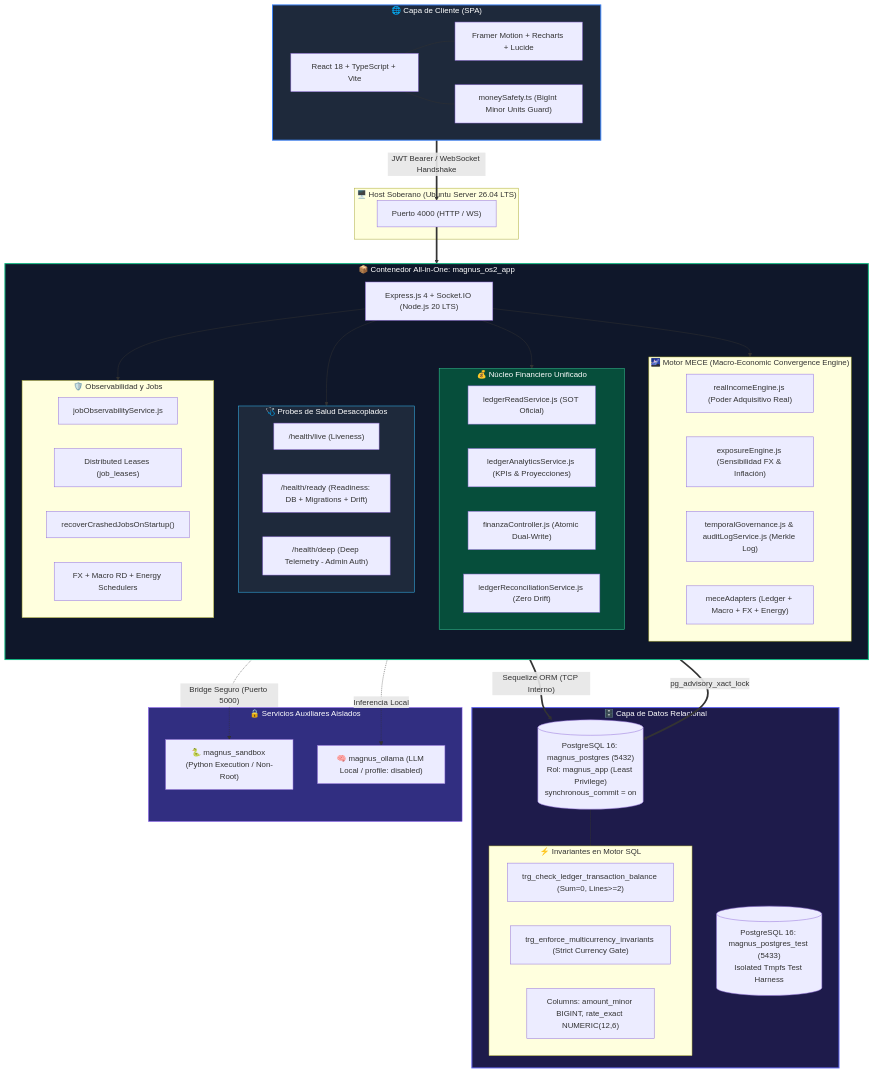
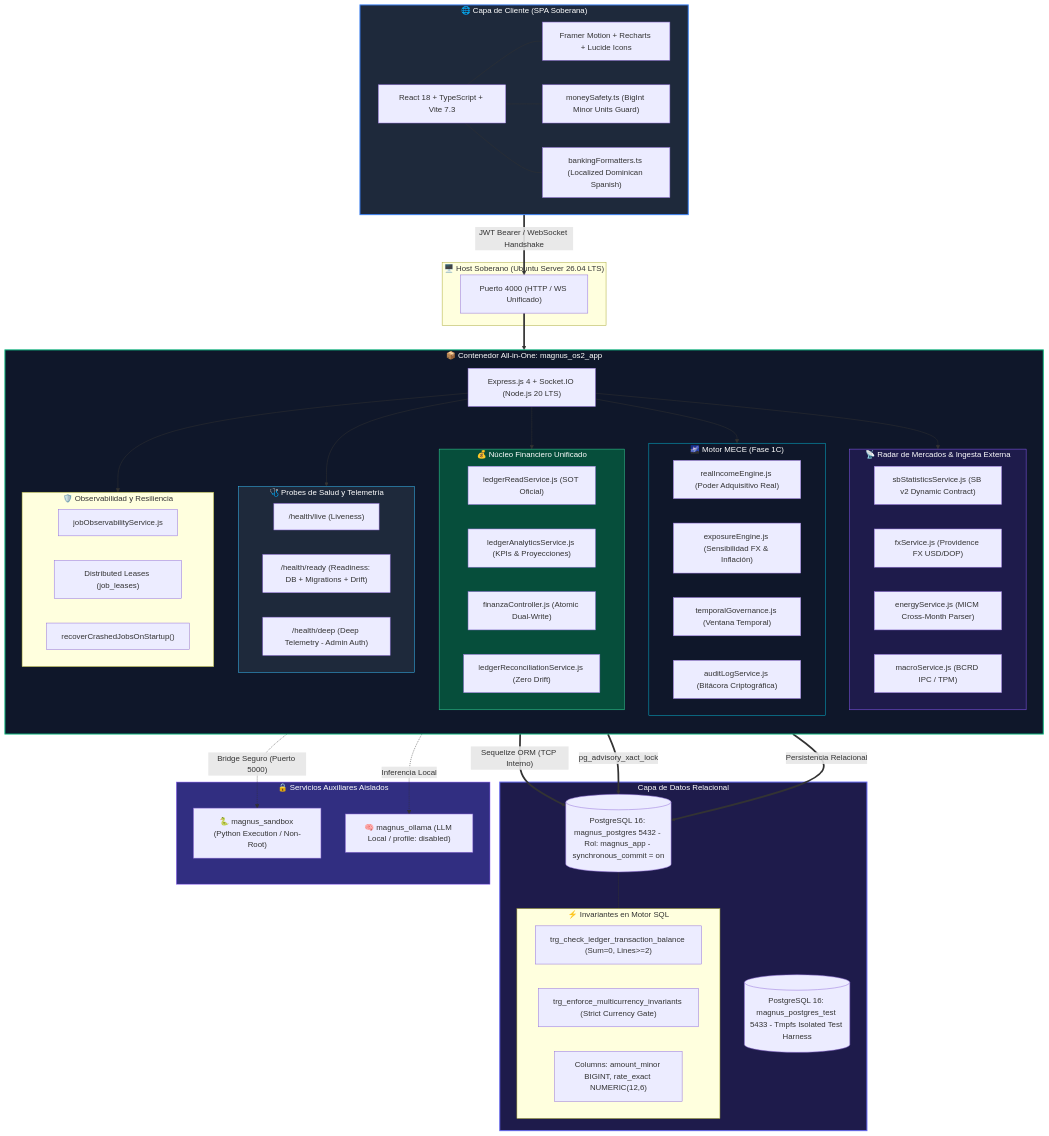
The second of 6 diagrams in README.md (YoxeLaunch/MagnusOS2), drawn with Mermaid before and after one commit. The commit also changed other lines of this file, not shown here.

Commit message:
docs: restructure README with architectural epochs, Phase II consolidation, and dynamic SB contract

````diff
--- a/README.md
+++ b/README.md
@@ -44,22 +79,24 @@
 ```mermaid
 graph TB
-    subgraph Client ["🌐 Capa de Cliente (SPA)"]
-        UI["React 18 + TypeScript + Vite"]
-        Framer["Framer Motion + Recharts + Lucide"]
+    subgraph Client ["🌐 Capa de Cliente (SPA Soberana)"]
+        UI["React 18 + TypeScript + Vite 7.3"]
+        Framer["Framer Motion + Recharts + Lucide Icons"]
         Safety["moneySafety.ts (BigInt Minor Units Guard)"]
+        Formatters["bankingFormatters.ts (Localized Dominican Spanish)"]
         UI --- Framer
         UI --- Safety
+        UI --- Formatters
     end
 
     subgraph Host ["🖥️ Host Soberano (Ubuntu Server 26.04 LTS)"]
-        Proxy["Puerto 4000 (HTTP / WS)"]
+        Proxy["Puerto 4000 (HTTP / WS Unificado)"]
     end
 
     subgraph AppContainer ["📦 Contenedor All-in-One: magnus_os2_app"]
         direction TB
         Server["Express.js 4 + Socket.IO (Node.js 20 LTS)"]
         
-        subgraph Probes ["🩺 Probes de Salud Desacoplados"]
+        subgraph Probes ["🩺 Probes de Salud y Telemetría"]
             Live["/health/live (Liveness)"]
             Ready["/health/ready (Readiness: DB + Migrations + Drift)"]
             Deep["/health/deep (Deep Telemetry - Admin Auth)"]
@@ -72,29 +109,36 @@
             Reconciler["ledgerReconciliationService.js (Zero Drift)"]
         end
 
-        subgraph MECE ["🌌 Motor MECE (Macro-Economic Convergence Engine)"]
+        subgraph MECE ["🌌 Motor MECE (Fase 1C)"]
             RealIncome["realIncomeEngine.js (Poder Adquisitivo Real)"]
             Exposure["exposureEngine.js (Sensibilidad FX & Inflación)"]
-            Governance["temporalGovernance.js & auditLogService.js (Merkle Log)"]
-            Adapters["meceAdapters (Ledger + Macro + FX + Energy)"]
+            Governance["temporalGovernance.js (Ventana Temporal)"]
+            Merkle["auditLogService.js (Bitácora Criptográfica)"]
         end
 
-        subgraph Resilience ["🛡️ Observabilidad y Jobs"]
+        subgraph MarketRadar ["📡 Radar de Mercados & Ingesta Externa"]
+            SbService["sbStatisticsService.js (SB v2 Dynamic Contract)"]
+            FxService["fxService.js (Providence FX USD/DOP)"]
+            EnergyService["energyService.js (MICM Cross-Month Parser)"]
+            MacroService["macroService.js (BCRD IPC / TPM)"]
+        end
+
+        subgraph Resilience ["🛡️ Observabilidad y Resiliencia"]
             JobEngine["jobObservabilityService.js"]
             LeaseLock["Distributed Leases (job_leases)"]
             CrashRecovery["recoverCrashedJobsOnStartup()"]
-            Schedulers["FX + Macro RD + Energy Schedulers"]
         end
 
         Server --> Probes
         Server --> CoreEngine
         Server --> MECE
+        Server --> MarketRadar
         Server --> Resilience
     end
 
-    subgraph DatabaseCluster ["🗄️ Capa de Datos Relacional"]
-        ProdDB[("PostgreSQL 16: magnus_postgres (5432)<br/>Rol: magnus_app (Least Privilege)<br/>synchronous_commit = on")]
-        TestDB[("PostgreSQL 16: magnus_postgres_test (5433)<br/>Isolated Tmpfs Test Harness")]
+    subgraph DatabaseCluster ["Capa de Datos Relacional"]
+        ProdDB[("PostgreSQL 16: magnus_postgres 5432 - Rol: magnus_app - synchronous_commit = on")]
+        TestDB[("PostgreSQL 16: magnus_postgres_test 5433 - Tmpfs Isolated Test Harness")]
         
         subgraph Constraints ["⚡ Invariantes en Motor SQL"]
             TrigBalance["trg_check_ledger_transaction_balance (Sum=0, Lines>=2)"]
@@ -114,6 +158,7 @@
     Proxy ==> AppContainer
     CoreEngine ==>|"Sequelize ORM (TCP Interno)"| ProdDB
     Resilience ==>|"pg_advisory_xact_lock"| ProdDB
+    MarketRadar ==>|"Persistencia Relacional"| ProdDB
     AppContainer -.->|"Bridge Seguro (Puerto 5000)"| Sandbox
     AppContainer -.->|"Inferencia Local"| Ollama
 
@@ -122,5 +167,7 @@
     style DatabaseCluster fill:#1e1b4b,stroke:#6366f1,stroke-width:2px,color:#fff
     style IsolatedServices fill:#312e81,stroke:#8b5cf6,stroke-width:1px,color:#fff
     style CoreEngine fill:#064e3b,stroke:#34d399,stroke-width:1px,color:#fff
+    style MECE fill:#0f172a,stroke:#06b6d4,stroke-width:1px,color:#fff
+    style MarketRadar fill:#1e1b4b,stroke:#8b5cf6,stroke-width:1px,color:#fff
     style Probes fill:#1e293b,stroke:#38bdf8,stroke-width:1px,color:#fff
 ```
````
